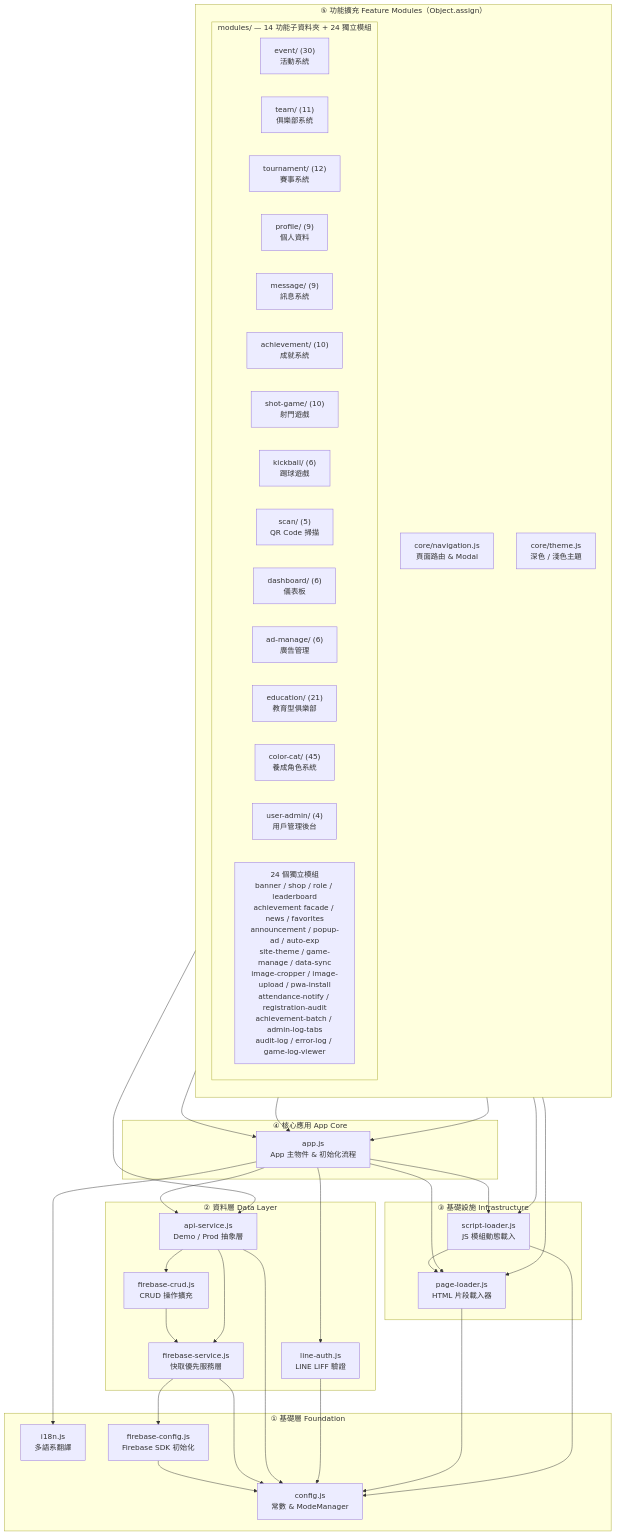
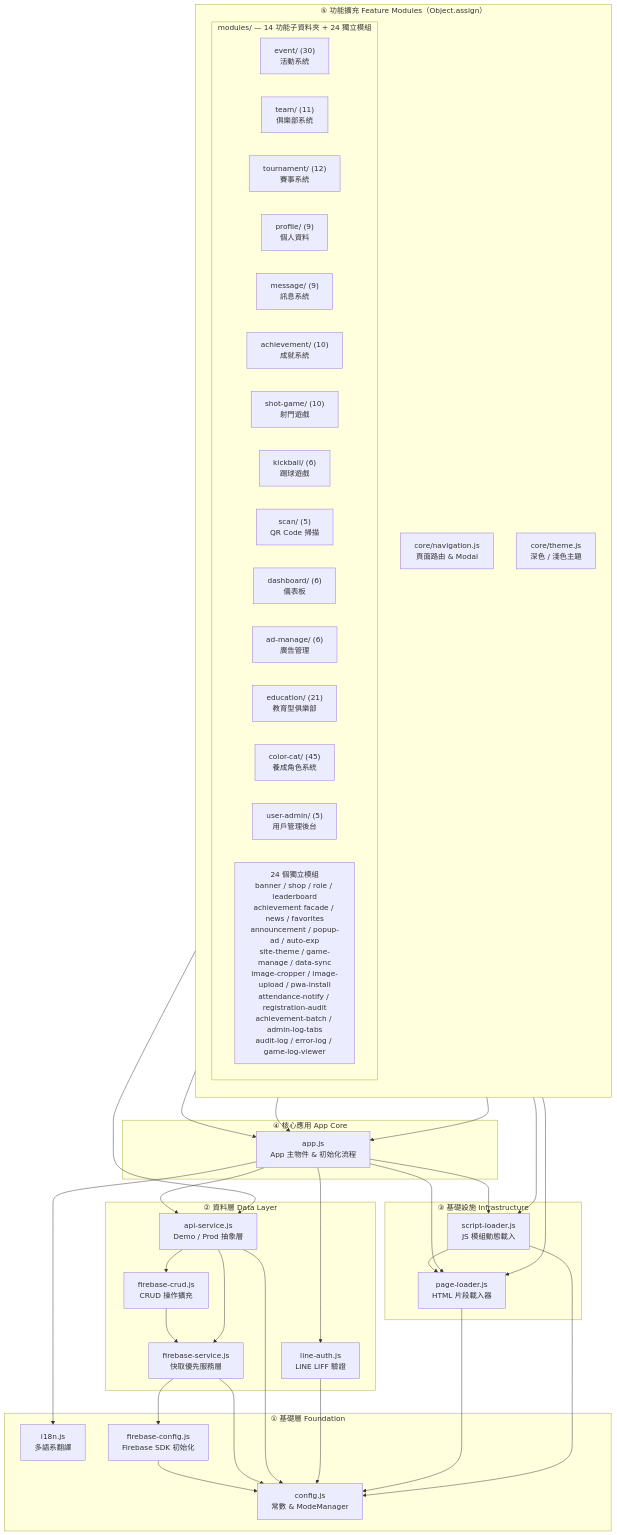
One commit to msw2004727/FC changed the first of 2 diagrams in docs/architecture.md. Above: the diagram before and after it, drawn with Mermaid. The commit also changed other lines of this file and 9 other files, not shown here.

````diff
--- a/docs/architecture.md
+++ b/docs/architecture.md
@@ -13,80 +13,80 @@
 ```mermaid
 flowchart TD
     subgraph F["① 基礎層 Foundation"]
         CONFIG["config.js\n常數 & ModeManager"]
         I18N["i18n.js\n多語系翻譯"]
         FB_CFG["firebase-config.js\nFirebase SDK 初始化"]
     end
 
     subgraph D["② 資料層 Data Layer"]
         FB_SVC["firebase-service.js\n快取優先服務層"]
         FB_CRUD["firebase-crud.js\nCRUD 操作擴充"]
         API["api-service.js\nDemo / Prod 抽象層"]
         LINE["line-auth.js\nLINE LIFF 驗證"]
     end
 
     subgraph I["③ 基礎設施 Infrastructure"]
         PAGE_LDR["page-loader.js\nHTML 片段載入器"]
         SCRPT_LDR["script-loader.js\nJS 模組動態載入"]
     end
 
     subgraph C["④ 核心應用 App Core"]
         APP["app.js\nApp 主物件 & 初始化流程"]
     end
 
     subgraph E["⑤ 功能擴充 Feature Modules（Object.assign）"]
         direction TB
         NAV["core/navigation.js\n頁面路由 & Modal"]
         THEME["core/theme.js\n深色 / 淺色主題"]
 
         subgraph MODS["modules/ — 14 功能子資料夾 + 24 獨立模組"]
             EVT["event/ (30)\n活動系統"]
             TEAM["team/ (11)\n俱樂部系統"]
             TOUR["tournament/ (12)\n賽事系統"]
             PROF["profile/ (9)\n個人資料"]
             MSG["message/ (9)\n訊息系統"]
             ACH["achievement/ (10)\n成就系統"]
             SHOT["shot-game/ (10)\n射門遊戲"]
             KICK["kickball/ (6)\n踢球遊戲"]
             SCAN["scan/ (5)\nQR Code 掃描"]
             DASH["dashboard/ (6)\n儀表板"]
             ADMG["ad-manage/ (6)\n廣告管理"]
             EDU["education/ (21)\n教育型俱樂部"]
             CCAT["color-cat/ (45)\n養成角色系統"]
-            UADM["user-admin/ (4)\n用戶管理後台"]
+            UADM["user-admin/ (5)\n用戶管理後台"]
             STANDALONE["24 個獨立模組\nbanner / shop / role / leaderboard\nachievement facade / news / favorites\nannouncement / popup-ad / auto-exp\nsite-theme / game-manage / data-sync\nimage-cropper / image-upload / pwa-install\nattendance-notify / registration-audit\nachievement-batch / admin-log-tabs\naudit-log / error-log / game-log-viewer"]
         end
     end
 
     %% Foundation 內部依賴
     FB_CFG --> CONFIG
 
     %% 資料層依賴
     FB_SVC --> CONFIG
     FB_SVC --> FB_CFG
     FB_CRUD --> FB_SVC
     API --> CONFIG
     API --> FB_SVC
     API --> FB_CRUD
     LINE --> CONFIG
 
     %% 基礎設施依賴
     PAGE_LDR --> CONFIG
     SCRPT_LDR --> CONFIG
     SCRPT_LDR --> PAGE_LDR
 
     %% App Core 依賴
     APP --> API
     APP --> LINE
     APP --> PAGE_LDR
     APP --> SCRPT_LDR
     APP --> I18N
 
     %% 功能擴充（Object.assign → App）
     NAV --> APP
     NAV --> PAGE_LDR
     NAV --> SCRPT_LDR
     THEME --> APP
     MODS --> APP
     MODS --> API
 ```
````
